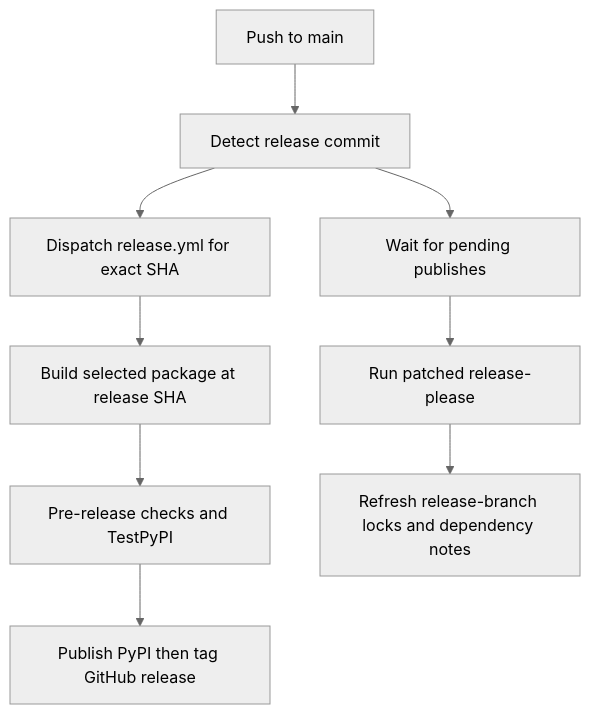
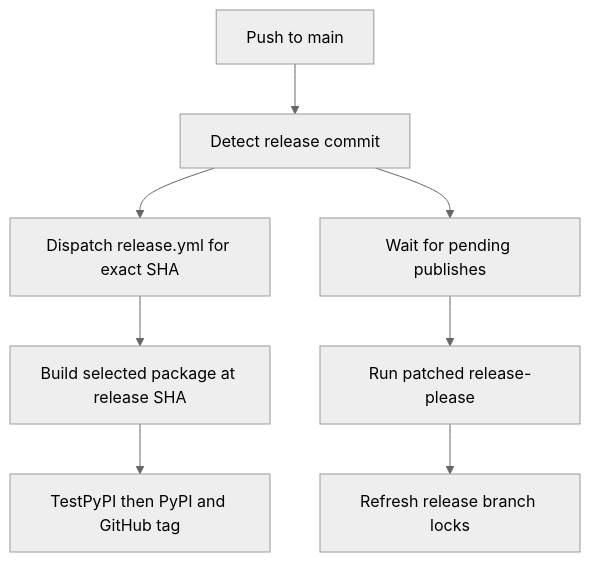
One commit to langchain-ai/deepagents changed the third of 3 diagrams in openwiki/operations/development.md. Above: the diagram before and after it, drawn with Mermaid (neutral theme). The commit also changed other lines of this file and 39 other files, not shown here.

````diff
--- a/openwiki/operations/development.md
+++ b/openwiki/operations/development.md
@@ -160,11 +188,10 @@
 ```mermaid
 flowchart TD
     Push["Push to main"] --> Detect["Detect release commit"]
     Detect --> Dispatch["Dispatch release.yml for exact SHA"]
     Detect --> Wait["Wait for pending publishes"]
     Dispatch --> Build["Build selected package at release SHA"]
-    Build --> Checks["Pre-release checks and TestPyPI"]
-    Checks --> Publish["Publish PyPI then tag GitHub release"]
+    Build --> Publish["TestPyPI then PyPI and GitHub tag"]
     Wait --> Runner["Run patched release-please"]
-    Runner --> Locks["Refresh release-branch locks and dependency notes"]
+    Runner --> Locks["Refresh release branch locks"]
 ```
````
